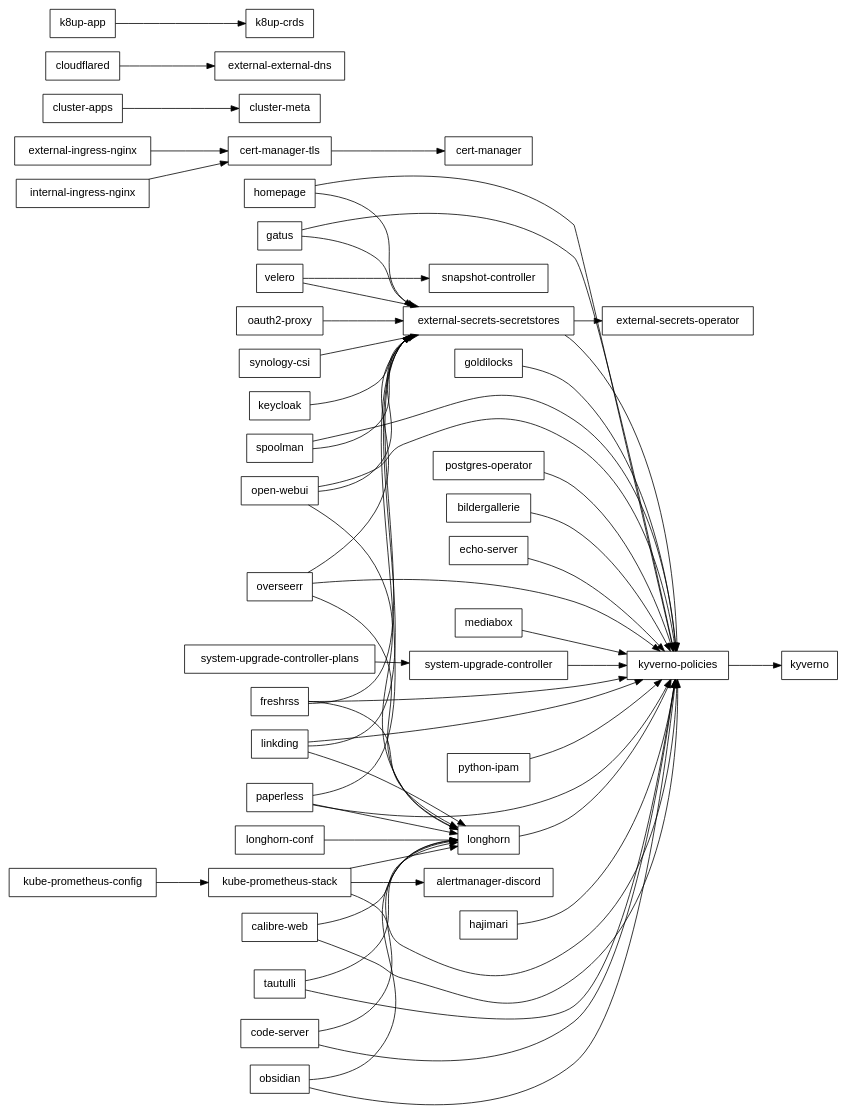
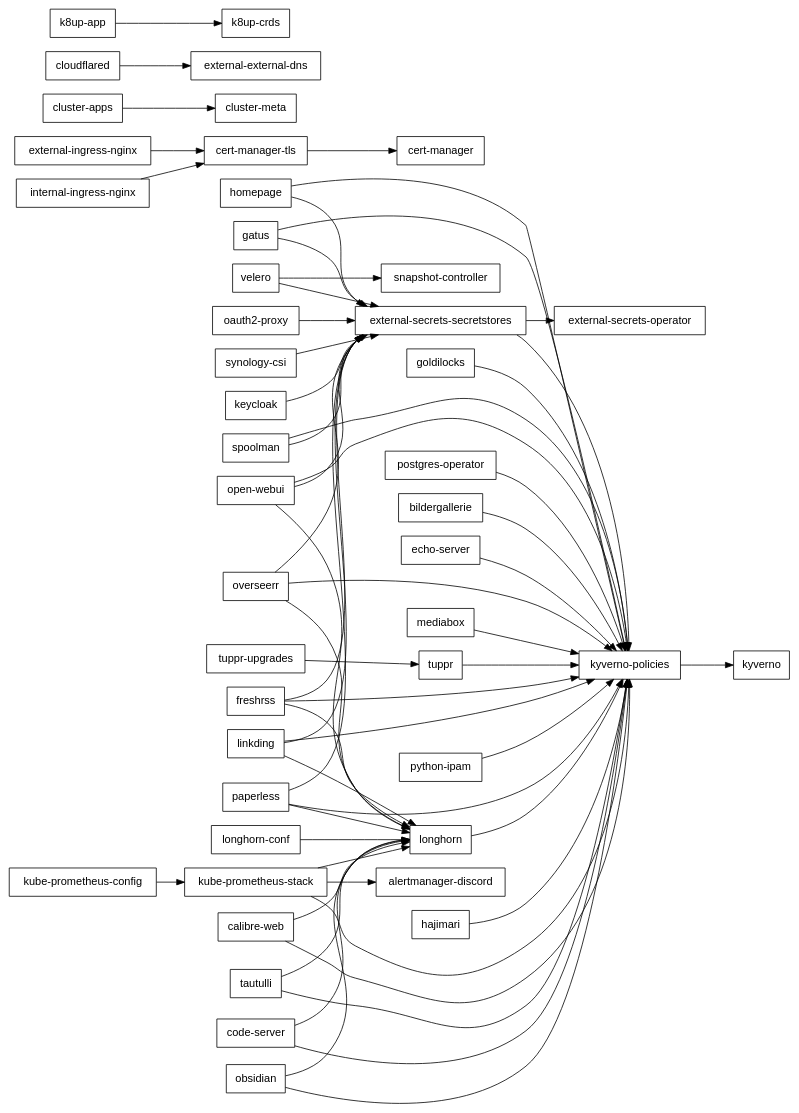
Before and after one commit to tuxpeople/k8s-homelab: the diagram in docs/flux-dependencies.dot, drawn with Graphviz. The commit also changed 19 other files, not shown here.

```diff
--- a/docs/flux-dependencies.dot
+++ b/docs/flux-dependencies.dot
@@ -1,62 +1,62 @@
 digraph G {
   rankdir=LR;
   node [style=filled, fillcolor=white, fontname="Helvetica", shape=box];
   "open-webui" -> "external-secrets-secretstores" [color=black];
   "open-webui" -> "kyverno-policies" [color=black];
   "open-webui" -> "longhorn" [color=black];
   "cert-manager-tls" -> "cert-manager" [color=black];
   "postgres-operator" -> "kyverno-policies" [color=black];
   "bildergallerie" -> "kyverno-policies" [color=black];
   "echo-server" -> "kyverno-policies" [color=black];
   "homepage" -> "external-secrets-secretstores" [color=black];
   "homepage" -> "kyverno-policies" [color=black];
   "cluster-apps" -> "cluster-meta" [color=black];
   "calibre-web" -> "kyverno-policies" [color=black];
   "calibre-web" -> "longhorn" [color=black];
   "mediabox" -> "kyverno-policies" [color=black];
   "overseerr" -> "kyverno-policies" [color=black];
   "overseerr" -> "longhorn" [color=black];
   "overseerr" -> "external-secrets-secretstores" [color=black];
   "tautulli" -> "kyverno-policies" [color=black];
   "tautulli" -> "longhorn" [color=black];
   "cloudflared" -> "external-external-dns" [color=black];
   "external-ingress-nginx" -> "cert-manager-tls" [color=black];
   "internal-ingress-nginx" -> "cert-manager-tls" [color=black];
   "python-ipam" -> "kyverno-policies" [color=black];
   "gatus" -> "kyverno-policies" [color=black];
   "gatus" -> "external-secrets-secretstores" [color=black];
   "kube-prometheus-config" -> "kube-prometheus-stack" [color=black];
   "kube-prometheus-stack" -> "kyverno-policies" [color=black];
   "kube-prometheus-stack" -> "longhorn" [color=black];
   "kube-prometheus-stack" -> "alertmanager-discord" [color=black];
   "code-server" -> "kyverno-policies" [color=black];
   "code-server" -> "longhorn" [color=black];
   "freshrss" -> "external-secrets-secretstores" [color=black];
   "freshrss" -> "kyverno-policies" [color=black];
   "freshrss" -> "longhorn" [color=black];
   "hajimari" -> "kyverno-policies" [color=black];
   "linkding" -> "kyverno-policies" [color=black];
   "linkding" -> "longhorn" [color=black];
   "linkding" -> "external-secrets-secretstores" [color=black];
   "obsidian" -> "kyverno-policies" [color=black];
   "obsidian" -> "longhorn" [color=black];
   "paperless" -> "kyverno-policies" [color=black];
   "paperless" -> "longhorn" [color=black];
   "paperless" -> "external-secrets-secretstores" [color=black];
   "external-secrets-secretstores" -> "kyverno-policies" [color=black];
   "external-secrets-secretstores" -> "external-secrets-operator" [color=black];
   "kyverno-policies" -> "kyverno" [color=black];
   "k8up-app" -> "k8up-crds" [color=black];
   "longhorn" -> "kyverno-policies" [color=black];
   "longhorn-conf" -> "longhorn" [color=black];
   "synology-csi" -> "external-secrets-secretstores" [color=black];
   "velero" -> "external-secrets-secretstores" [color=black];
   "velero" -> "snapshot-controller" [color=black];
-  "system-upgrade-controller" -> "kyverno-policies" [color=black];
-  "system-upgrade-controller-plans" -> "system-upgrade-controller" [color=black];
+  "tuppr" -> "kyverno-policies" [color=black];
+  "tuppr-upgrades" -> "tuppr" [color=black];
   "keycloak" -> "external-secrets-secretstores" [color=black];
   "oauth2-proxy" -> "external-secrets-secretstores" [color=black];
   "spoolman" -> "external-secrets-secretstores" [color=black];
   "spoolman" -> "kyverno-policies" [color=black];
   "goldilocks" -> "kyverno-policies" [color=black];
 }
```
